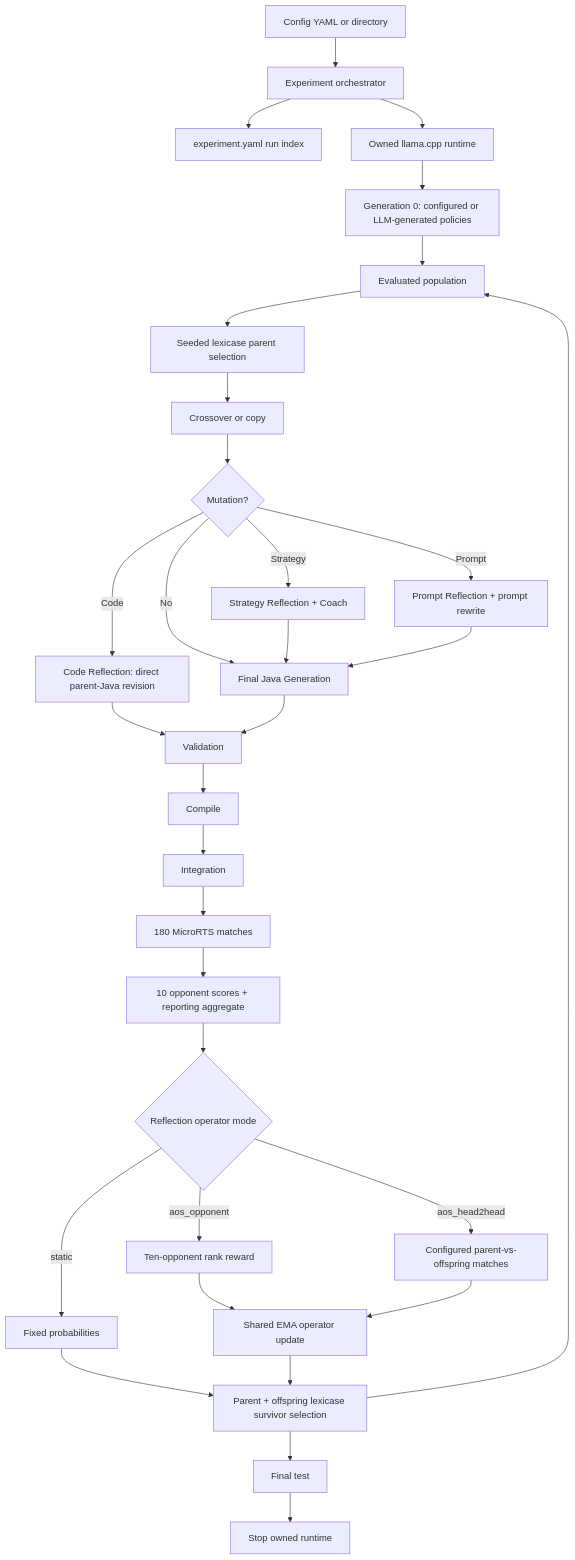
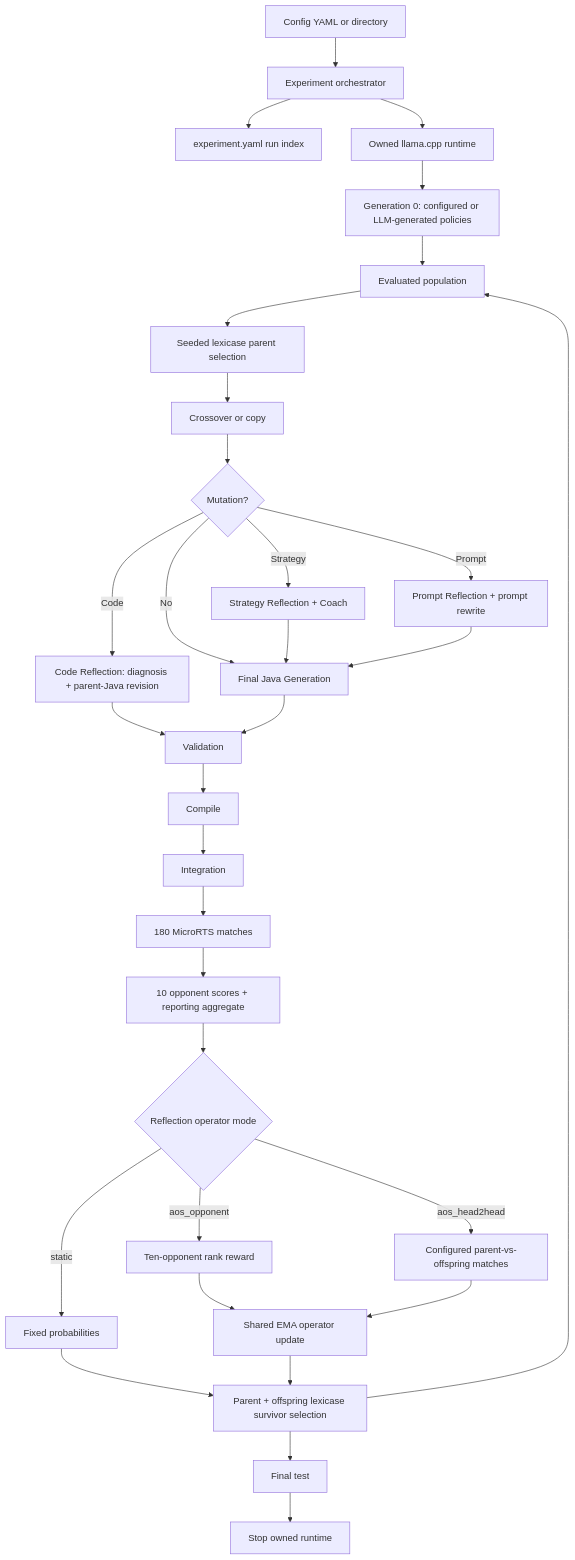
One commit to sophie8909/EAGLE changed the diagram in docs/architecture/overview.md. Above: the diagram before and after it, drawn with Mermaid. The commit also changed other lines of this file and 30 other files, not shown here.

Commit message:
refactor(mutation): stage code diagnosis before revision

````diff
--- a/docs/architecture/overview.md
+++ b/docs/architecture/overview.md
@@ -25,31 +25,31 @@
 ```mermaid
 flowchart TD
     CFG["Config YAML or directory"] --> L["Experiment orchestrator"]
     L --> RI["experiment.yaml run index"]
     L --> RT["Owned llama.cpp runtime"]
     RT --> Z["Generation 0: configured or LLM-generated policies"]
     Z --> P
     P["Evaluated population"] --> S["Seeded lexicase parent selection"]
     S --> X["Crossover or copy"]
     X --> M{"Mutation?"}
     M -->|Strategy| SR["Strategy Reflection + Coach"]
     M -->|Prompt| PR["Prompt Reflection + prompt rewrite"]
-    M -->|Code| CR["Code Reflection: direct parent-Java revision"]
+    M -->|Code| CR["Code Reflection: diagnosis + parent-Java revision"]
     M -->|No| G["Final Java Generation"]
     SR --> G
     PR --> G
     CR --> V
     G --> V["Validation"] --> C["Compile"] --> I["Integration"]
     I --> E["180 MicroRTS matches"]
     E --> O["10 opponent scores + reporting aggregate"]
     O --> R{"Reflection operator mode"}
     R -->|static| F["Fixed probabilities"]
     R -->|aos_opponent| Q["Ten-opponent rank reward"]
     R -->|aos_head2head| H["Configured parent-vs-offspring matches"]
     Q --> A["Shared EMA operator update"]
     H --> A
     F --> N["Parent + offspring lexicase survivor selection"]
     A --> N --> P
     N --> FT["Final test"]
     FT --> CL["Stop owned runtime"]
 ```
````
